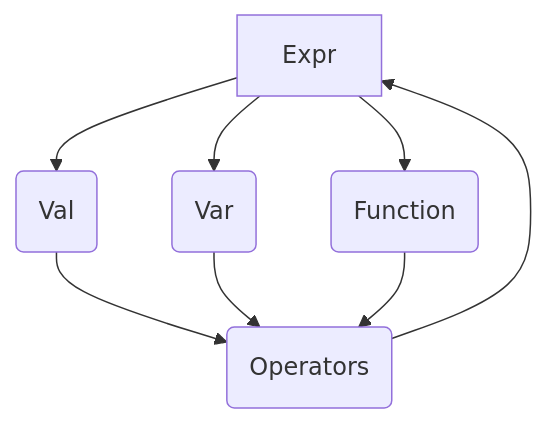
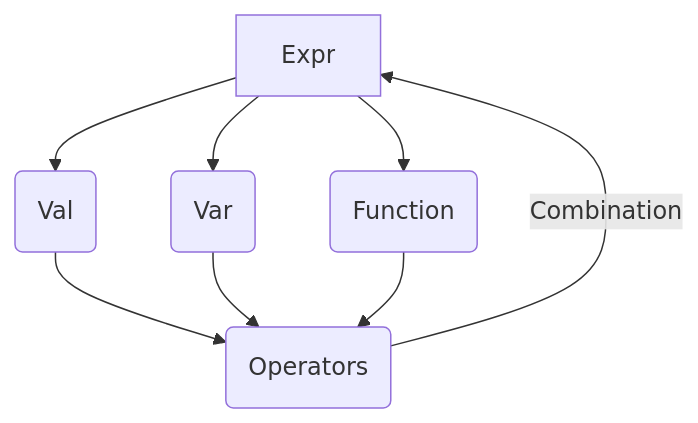
One commit to vmullet/Turtle-Logo-SVG-Haskell changed the second of 2 diagrams in README.md. Above: the diagram before and after it, drawn with Mermaid. The commit also changed other lines of this file, not shown here.

Commit message:
Updated readme graph

````diff
--- a/README.md
+++ b/README.md
@@ -81,10 +81,10 @@
 ```mermaid
 graph TD
 A[Expr] --> B(Val)
 A --> C(Var)
 A --> D(Function)
-E(Operators) --> A
+E(Operators) -- Combination --> A
 B --> E
 C --> E
 D --> E
 ```
````
